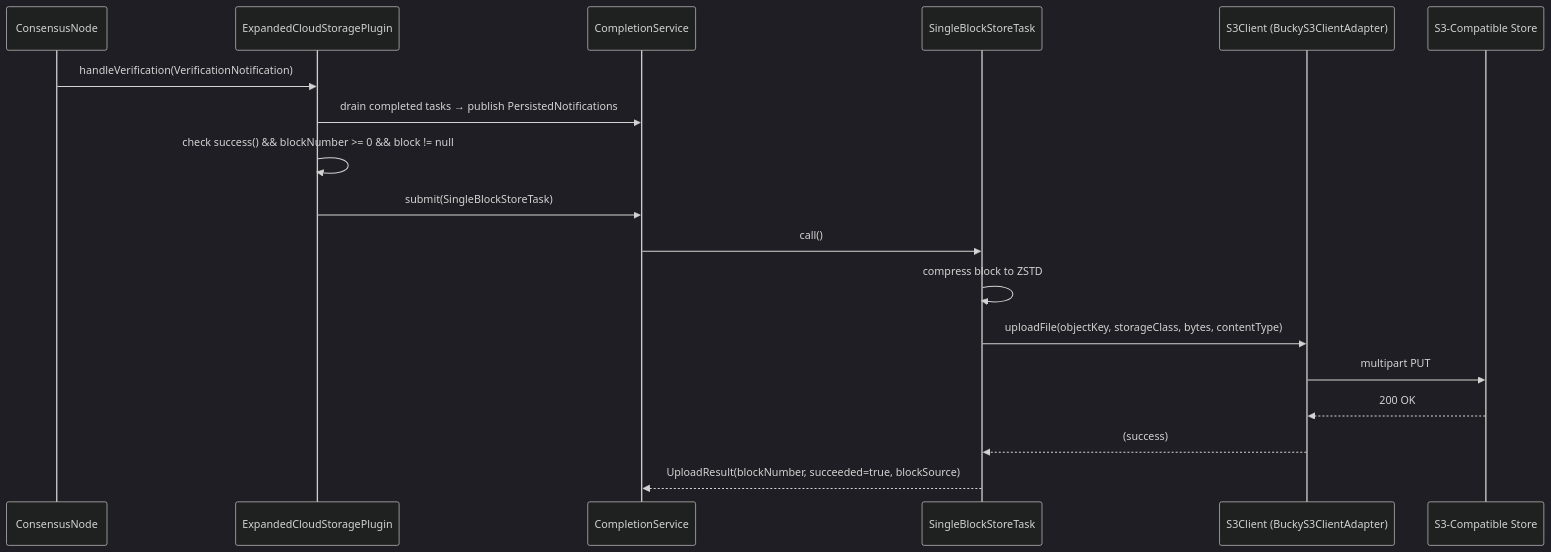
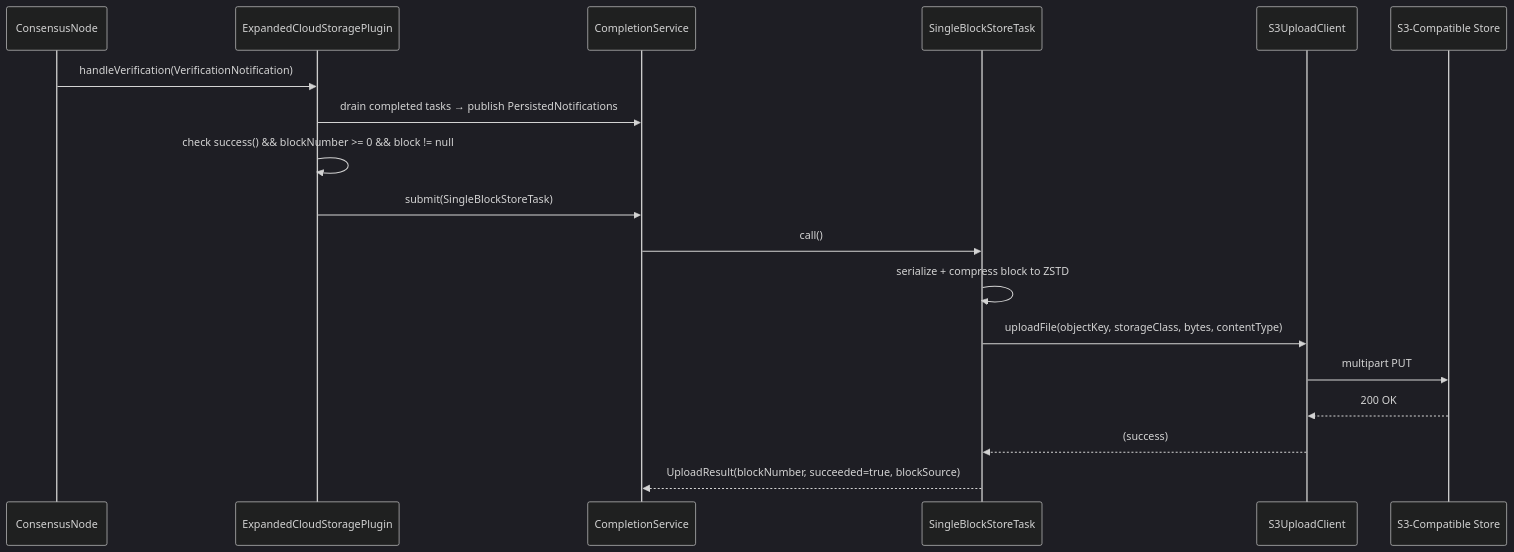
Before and after one commit to hiero-ledger/hiero-block-node: the first of 2 diagrams in docs/design/persistence/expanded-cloud-storage.md, drawn with Mermaid (dark theme). The commit also changed other lines of this file, not shown here.

````diff
--- a/docs/design/persistence/expanded-cloud-storage.md
+++ b/docs/design/persistence/expanded-cloud-storage.md
@@ -172,21 +184,21 @@
 ```mermaid
 sequenceDiagram
     participant CN as ConsensusNode
     participant ECS as ExpandedCloudStoragePlugin
     participant CS as CompletionService
     participant Task as SingleBlockStoreTask
-    participant S3 as S3Client (BuckyS3ClientAdapter)
+    participant S3 as S3UploadClient
     participant Store as S3-Compatible Store
 
     CN->>ECS: handleVerification(VerificationNotification)
     ECS->>CS: drain completed tasks → publish PersistedNotifications
     ECS->>ECS: check success() && blockNumber >= 0 && block != null
     ECS->>CS: submit(SingleBlockStoreTask)
     CS->>Task: call()
-    Task->>Task: compress block to ZSTD
+    Task->>Task: serialize + compress block to ZSTD
     Task->>S3: uploadFile(objectKey, storageClass, bytes, contentType)
     S3->>Store: multipart PUT
     Store-->>S3: 200 OK
     S3-->>Task: (success)
     Task-->>CS: UploadResult(blockNumber, succeeded=true, blockSource)
 ```
````
